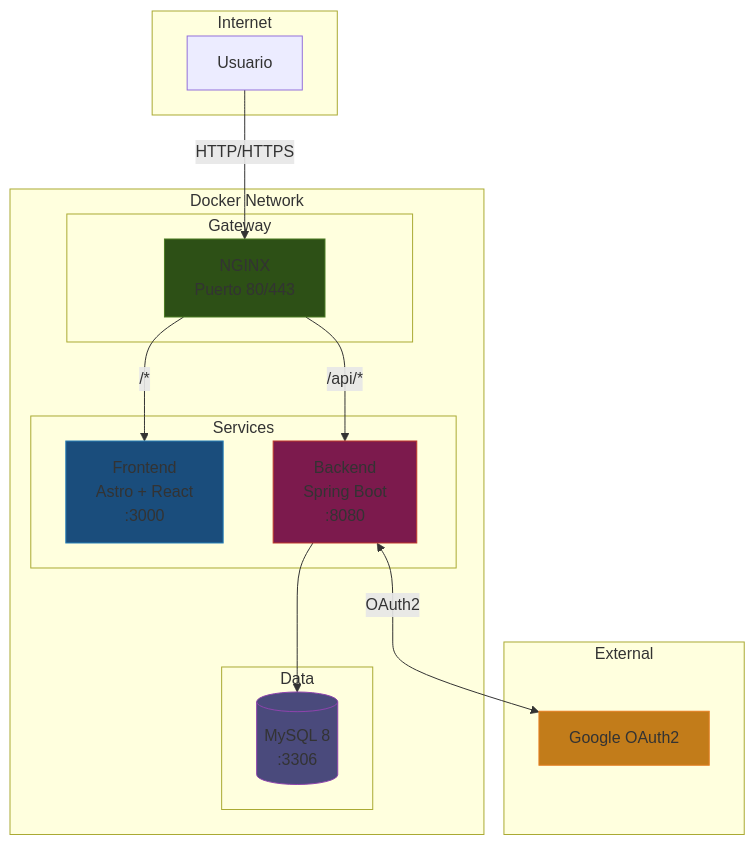
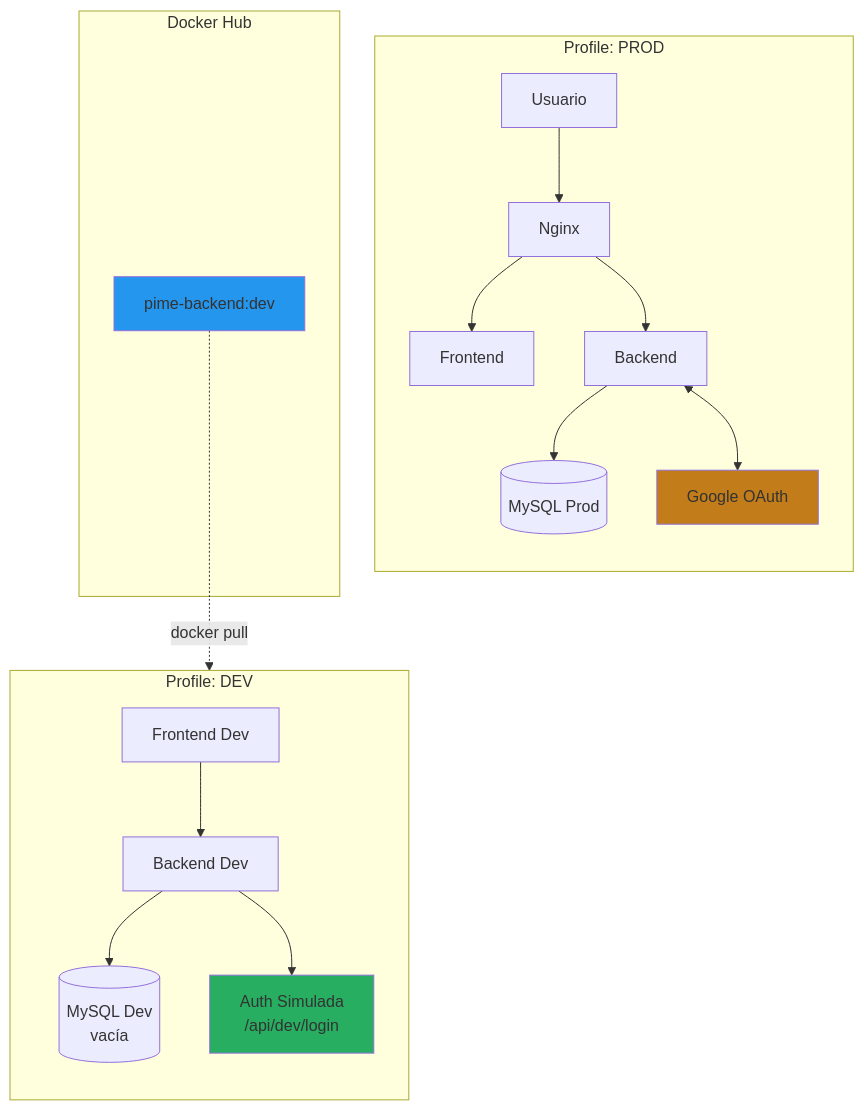
One commit to NicolasRobledo/proyect changed the first of 6 diagrams in README.md. Above: the diagram before and after it, drawn with Mermaid. The commit also changed other lines of this file, not shown here.

First line of the commit message:
docs: update README with dev/prod profile architecture

````diff
--- a/README.md
+++ b/README.md
@@ -7,37 +7,28 @@
 ```mermaid
 graph TB
-    subgraph Internet
-        U[Usuario]
+    subgraph "Profile: PROD"
+        direction TB
+        UP[Usuario] --> NP[Nginx]
+        NP --> FP[Frontend]
+        NP --> BP[Backend]
+        BP --> DBP[(MySQL Prod)]
+        BP <--> GP[Google OAuth]
     end
 
-    subgraph Docker Network
-        subgraph Gateway
-            N[NGINX<br/>Puerto 80/443]
-        end
-
-        subgraph Services
-            F[Frontend<br/>Astro + React<br/>:3000]
-            B[Backend<br/>Spring Boot<br/>:8080]
-        end
-
-        subgraph Data
-            DB[(MySQL 8<br/>:3306)]
-        end
+    subgraph "Profile: DEV"
+        direction TB
+        UD[Frontend Dev] --> BD[Backend Dev]
+        BD --> DBD[(MySQL Dev<br/>vacía)]
+        BD --> SA[Auth Simulada<br/>/api/dev/login]
     end
 
-    subgraph External
-        G[Google OAuth2]
+    subgraph "Docker Hub"
+        DH[pime-backend:dev]
     end
 
-    U -->|HTTP/HTTPS| N
-    N -->|"/*"| F
-    N -->|"/api/*"| B
-    B --> DB
-    B <-->|OAuth2| G
+    DH -.->|docker pull| BD
 
-    style N fill:#2d5016,stroke:#4a7c23
-    style F fill:#1a4d7c,stroke:#2980b9
-    style B fill:#7c1a4d,stroke:#c0392b
-    style DB fill:#4a4a7c,stroke:#8e44ad
-    style G fill:#c27c1a,stroke:#e67e22
+    style GP fill:#c27c1a
+    style SA fill:#27ae60
+    style DH fill:#2496ed
 ```
````
